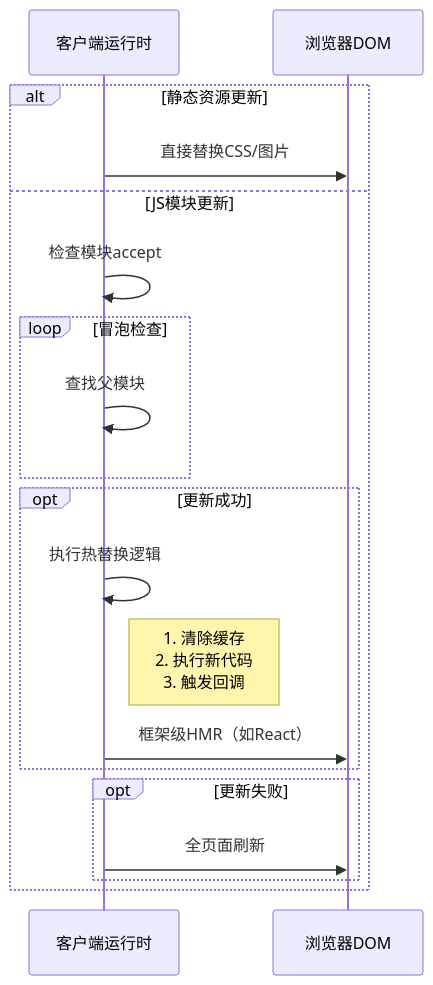
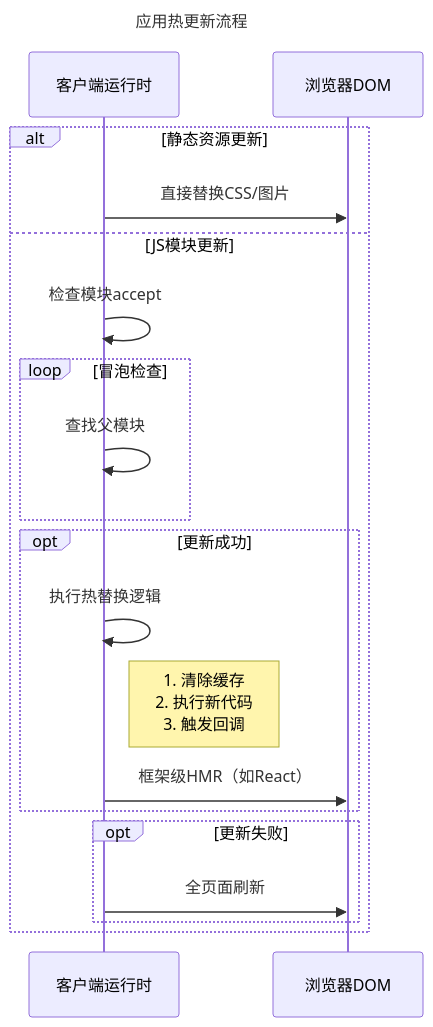
One commit to ykshang/MyBlog changed the second of 2 diagrams in docs/notes/Webpack/4.核心原理/2.HMR 流程.md. Above: the diagram before and after it, drawn with Mermaid. The commit also changed other lines of this file, not shown here.

````diff
--- a/docs/notes/Webpack/4.核心原理/2.HMR 流程.md
+++ b/docs/notes/Webpack/4.核心原理/2.HMR 流程.md
@@ -173,25 +58,25 @@
 ```mermaid
-%% Webpack HMR 时序图（带别名版本）
 sequenceDiagram
+    title: 应用热更新流程
     participant Client as 客户端运行时
     participant DOM as 浏览器DOM
 
     %% 热更新阶段
     alt 静态资源更新
         Client ->> DOM: 直接替换CSS/图片
     else JS模块更新
         Client ->> Client: 检查模块accept
         loop 冒泡检查
             Client ->> Client: 查找父模块
         end
 
         opt 更新成功
             Client ->> Client: 执行热替换逻辑
             Note right of Client: 1. 清除缓存<br>2. 执行新代码<br>3. 触发回调
             Client ->> DOM: 框架级HMR（如React）
         end
         opt 更新失败
             Client ->> DOM: 全页面刷新
         end
     end
 ```
````
